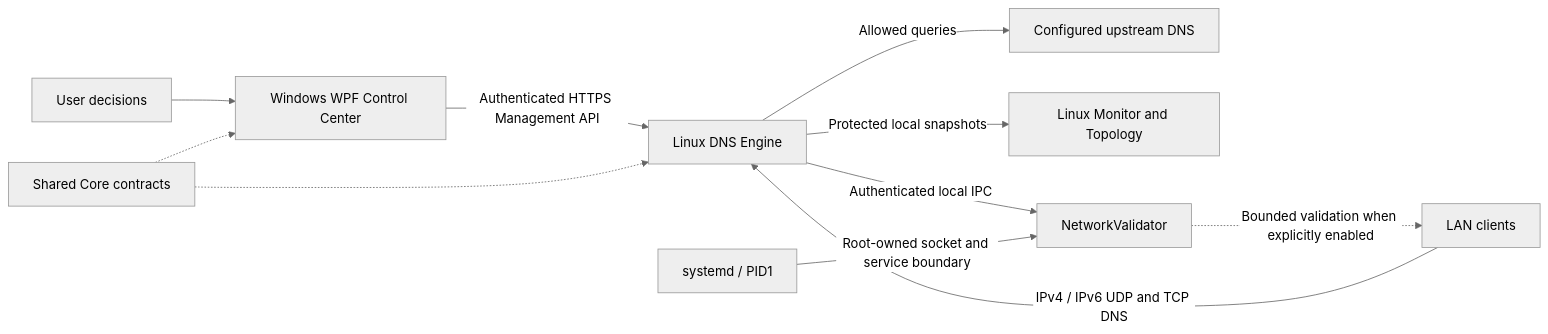
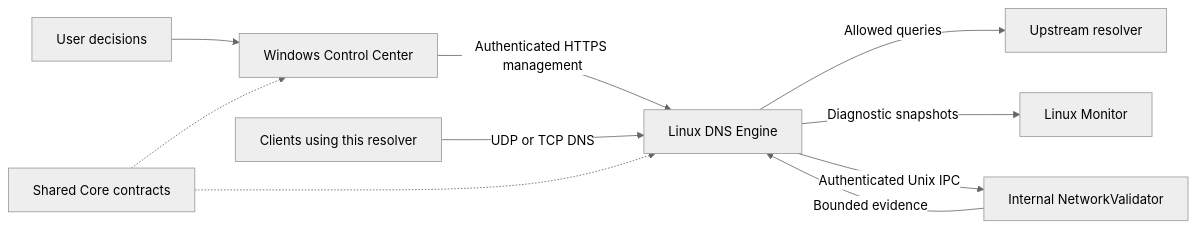
One commit to Lacel1988/HostsGuardian changed the diagram in README.md. Above: the diagram before and after it, drawn with Mermaid (neutral theme). The commit also changed other lines of this file and 2 other files, not shown here.

Commit message:
docs: document verified DNS filtering and current architecture

````diff
--- a/README.md
+++ b/README.md
@@ -13,13 +13,12 @@
 ```mermaid
 flowchart LR
-    User[User decisions] --> WPF[Windows WPF Control Center]
-    WPF -->|Authenticated HTTPS Management API| Engine[Linux DNS Engine]
-    LAN[LAN clients] -->|IPv4 / IPv6 UDP and TCP DNS| Engine
-    Engine -->|Allowed queries| Upstream[Configured upstream DNS]
-    Engine -->|Protected local snapshots| Monitor[Linux Monitor and Topology]
-    Engine -->|Authenticated local IPC| Validator[NetworkValidator]
-    Systemd[systemd / PID1] -->|Root-owned socket and service boundary| Validator
-    Validator -.->|Bounded validation when explicitly enabled| LAN
+    User[User decisions] --> WPF[Windows Control Center]
+    WPF -->|Authenticated HTTPS management| Engine[Linux DNS Engine]
+    Client[Clients using this resolver] -->|UDP or TCP DNS| Engine
+    Engine -->|Allowed queries| Upstream[Upstream resolver]
+    Engine -->|Diagnostic snapshots| Monitor[Linux Monitor]
+    Engine -->|Authenticated Unix IPC| Helper[Internal NetworkValidator]
+    Helper -->|Bounded evidence| Engine
     Core[Shared Core contracts] -.-> WPF
     Core -.-> Engine
 ```
````
